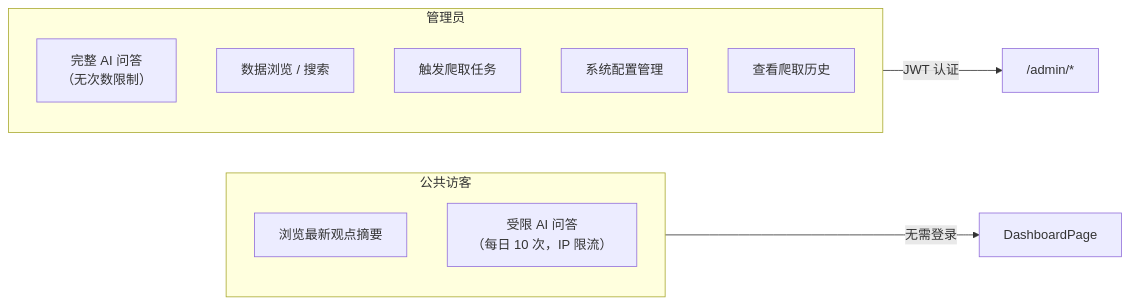
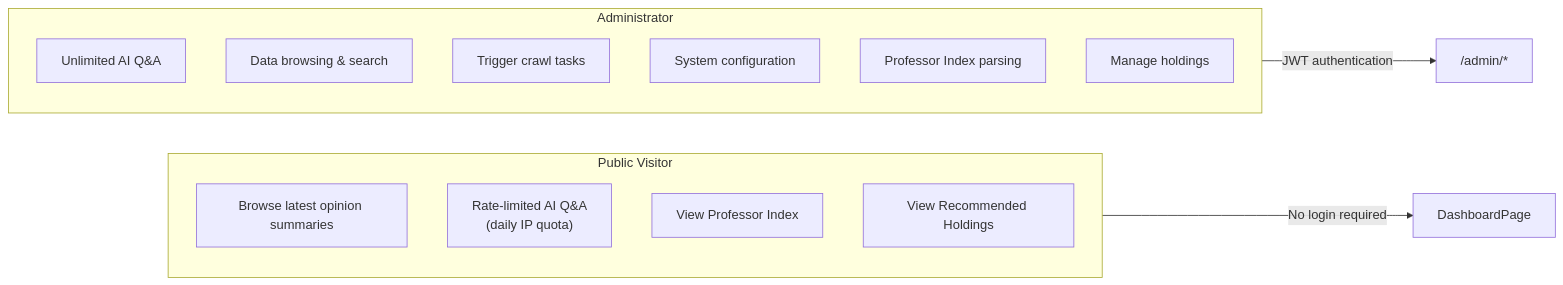
The second of 3 diagrams in docs/docs/architecture/overview.mdx (XUranus/dungeon), drawn with Mermaid before and after one commit. The commit also changed other lines of this file and 75 other files, not shown here.

````diff
--- a/docs/docs/architecture/overview.mdx
+++ b/docs/docs/architecture/overview.mdx
@@ -74,18 +86,21 @@
 ```mermaid
 graph LR
-    subgraph Public ["公共访客"]
-        P1["浏览最新观点摘要"]
-        P2["受限 AI 问答<br/>（每日 10 次，IP 限流）"]
+    subgraph Public ["Public Visitor"]
+        P1["Browse latest opinion summaries"]
+        P2["Rate-limited AI Q&A<br/>(daily IP quota)"]
+        P3["View Professor Index"]
+        P4["View Recommended Holdings"]
     end
 
-    subgraph Admin ["管理员"]
-        A1["完整 AI 问答<br/>（无次数限制）"]
-        A2["数据浏览 / 搜索"]
-        A3["触发爬取任务"]
-        A4["系统配置管理"]
-        A5["查看爬取历史"]
+    subgraph Admin ["Administrator"]
+        A1["Unlimited AI Q&A"]
+        A2["Data browsing & search"]
+        A3["Trigger crawl tasks"]
+        A4["System configuration"]
+        A5["Professor Index parsing"]
+        A6["Manage holdings"]
     end
 
-    Public -->|"无需登录"| DashboardPage
-    Admin -->|"JWT 认证"| AdminPages["/admin/*"]
+    Public -->|"No login required"| DashboardPage["DashboardPage"]
+    Admin -->|"JWT authentication"| AdminPages["/admin/*"]
 ```
````
